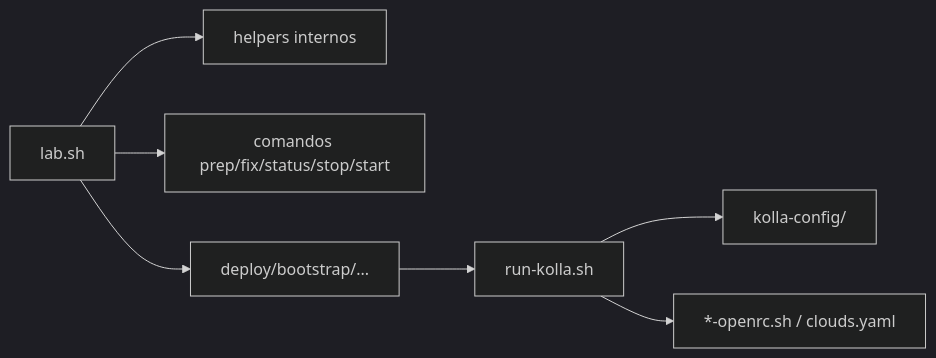
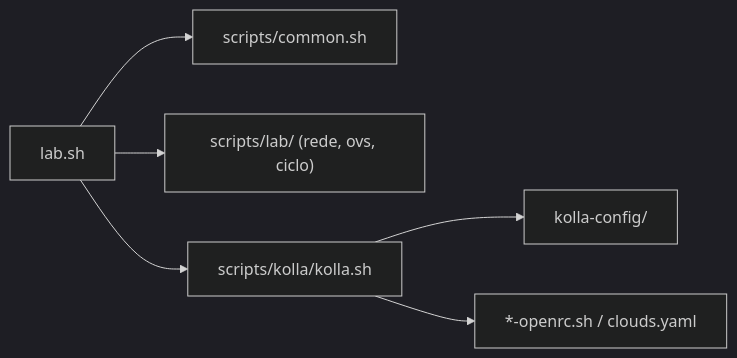
Before and after one commit to klsio22/larcerto-cloud: the diagram in docs/README.md, drawn with Mermaid (dark theme). The commit also changed other lines of this file and 85 other files, not shown here.

````diff
--- a/docs/README.md
+++ b/docs/README.md
@@ -20,9 +20,8 @@
 ```mermaid
 flowchart LR
-  labSh["lab.sh"] --> helpers["helpers internos"]
-  labSh --> cmds["comandos prep/fix/status/stop/start"]
-  labSh --> kollaFwd["deploy/bootstrap/..."]
-  kollaFwd --> runKolla["run-kolla.sh"]
-  runKolla --> kollaCfg["kolla-config/"]
-  runKolla --> openrc["*-openrc.sh / clouds.yaml"]
+  labSh["lab.sh"] --> common["scripts/common.sh"]
+  labSh --> lab["scripts/lab/ (rede, ovs, ciclo)"]
+  labSh --> kolla["scripts/kolla/kolla.sh"]
+  kolla --> kollaCfg["kolla-config/"]
+  kolla --> openrc["*-openrc.sh / clouds.yaml"]
 ```
````
